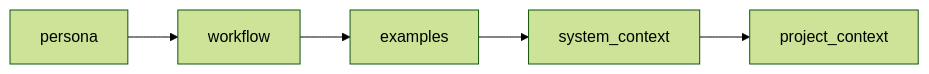
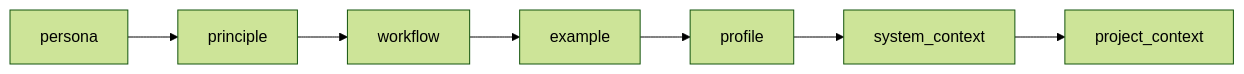
The diagram in docs/advanced-topics/programming-the-prompt.md (state-alchemists/zrb), drawn with Mermaid (forest theme) before and after one commit. The commit also changed other lines of this file and 53 other files, not shown here.

````diff
--- a/docs/advanced-topics/programming-the-prompt.md
+++ b/docs/advanced-topics/programming-the-prompt.md
@@ -167,4 +167,4 @@
 ```mermaid
 flowchart LR
-    P["persona"] --> W["workflow"] --> E["examples"] --> S["system_context"] --> C["project_context"]
+    P["persona"] --> R["principle"] --> W["workflow"] --> E["example"] --> F["profile"] --> S["system_context"] --> C["project_context"]
 ```
````
